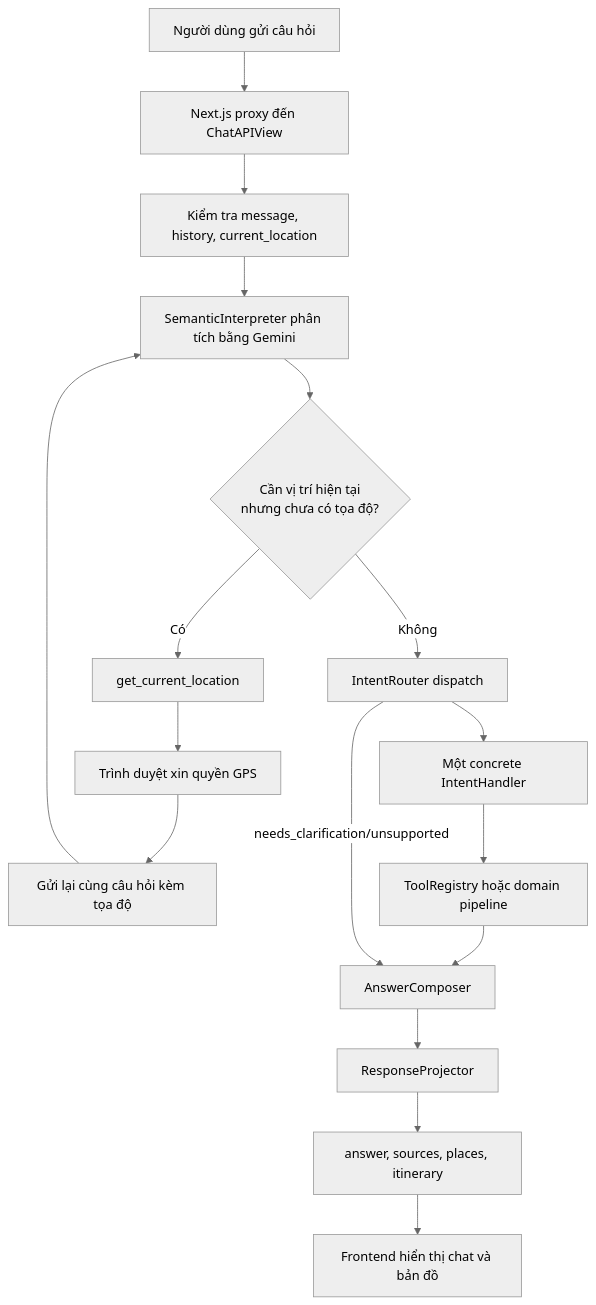
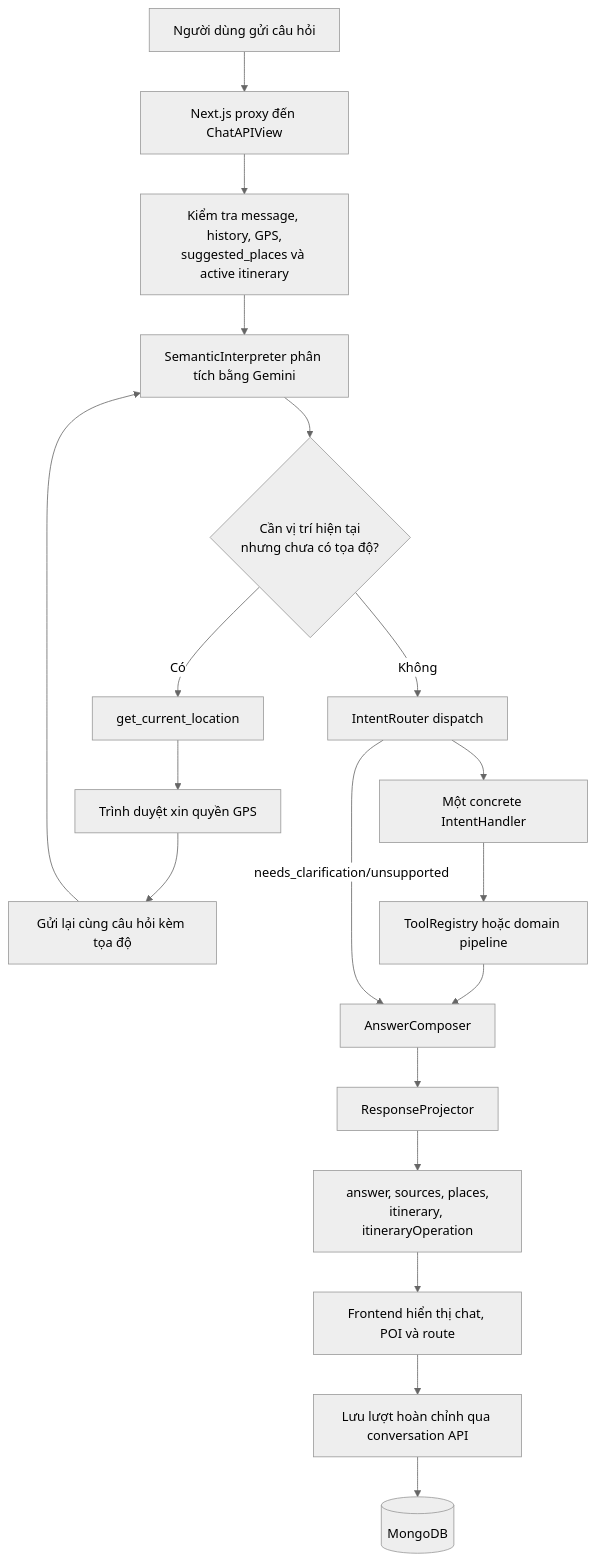
One commit to nguyendinhhung04/Travel-Chatbot changed the third of 12 diagrams in README.md. Above: the diagram before and after it, drawn with Mermaid (neutral theme). The commit also changed other lines of this file and 9 other files, not shown here.

````diff
--- a/README.md
+++ b/README.md
@@ -108,21 +120,23 @@
 ```mermaid
 flowchart TD
     U[Người dùng gửi câu hỏi] --> API[Next.js proxy đến ChatAPIView]
-    API --> VALIDATE[Kiểm tra message, history, current_location]
+    API --> VALIDATE[Kiểm tra message, history, GPS,<br/>suggested_places và active itinerary]
     VALIDATE --> SEMANTIC[SemanticInterpreter phân tích bằng Gemini]
     SEMANTIC --> GPS{Cần vị trí hiện tại<br/>nhưng chưa có tọa độ?}
 
     GPS -->|Có| CLIENT[get_current_location]
     CLIENT --> BROWSER[Trình duyệt xin quyền GPS]
     BROWSER --> RETRY[Gửi lại cùng câu hỏi kèm tọa độ]
     RETRY --> SEMANTIC
 
     GPS -->|Không| ROUTER[IntentRouter dispatch]
     ROUTER --> HANDLER[Một concrete IntentHandler]
     HANDLER --> EXEC[ToolRegistry hoặc domain pipeline]
     EXEC --> COMPOSER[AnswerComposer]
     ROUTER -->|needs_clarification/unsupported| COMPOSER
     COMPOSER --> PROJECTOR[ResponseProjector]
-    PROJECTOR --> RESPONSE[answer, sources, places, itinerary]
-    RESPONSE --> UI[Frontend hiển thị chat và bản đồ]
+    PROJECTOR --> RESPONSE[answer, sources, places,<br/>itinerary, itineraryOperation]
+    RESPONSE --> UI[Frontend hiển thị chat, POI và route]
+    UI --> SAVE[Lưu lượt hoàn chỉnh qua conversation API]
+    SAVE --> MONGO[(MongoDB)]
 ```
````
